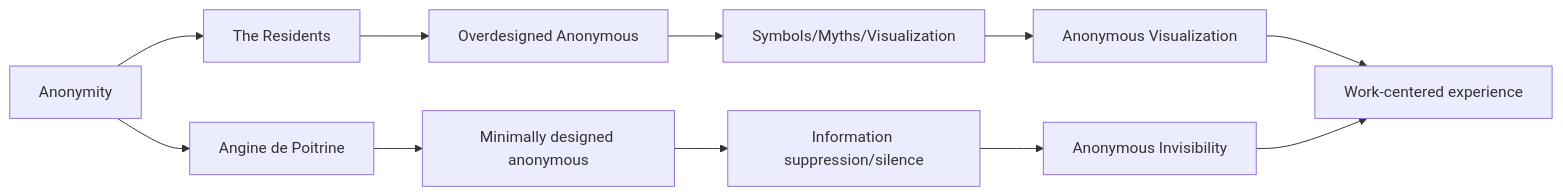
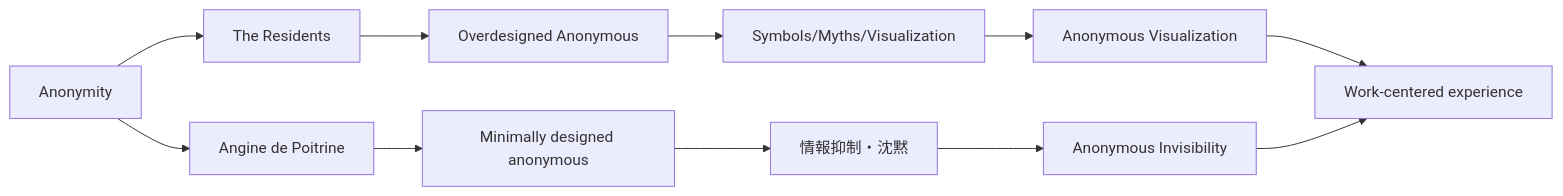
Before and after one commit to monumental-movement/monumental-movement.github.io: diagram 13 of 17 in en/_posts/2026-07-06-column-angine-de-poitrine-the-residents.md, drawn with Mermaid. The commit also changed other lines of this file and 1012 other files, not shown here.

```diff
--- a/en/_posts/2026-07-06-column-angine-de-poitrine-the-residents.md
+++ b/en/_posts/2026-07-06-column-angine-de-poitrine-the-residents.md
@@ -1409,19 +1409,19 @@
 <div class="mermaid">
 flowchart LR
 
 A["Anonymity"]
 B["The Residents"]
 C["Overdesigned Anonymous"]
 D["Symbols/Myths/Visualization"]
 E["Anonymous Visualization"]
 
 F["Angine de Poitrine"]
 G["Minimally designed anonymous"]
-H["Information suppression/silence"]
+H["情報抑制・沈黙"]
 I["Anonymous Invisibility"]
 
 J["Work-centered experience"]
 
 A --> B --> C --> D --> E --> J
 A --> F --> G --> H --> I --> J
 </div>
```
